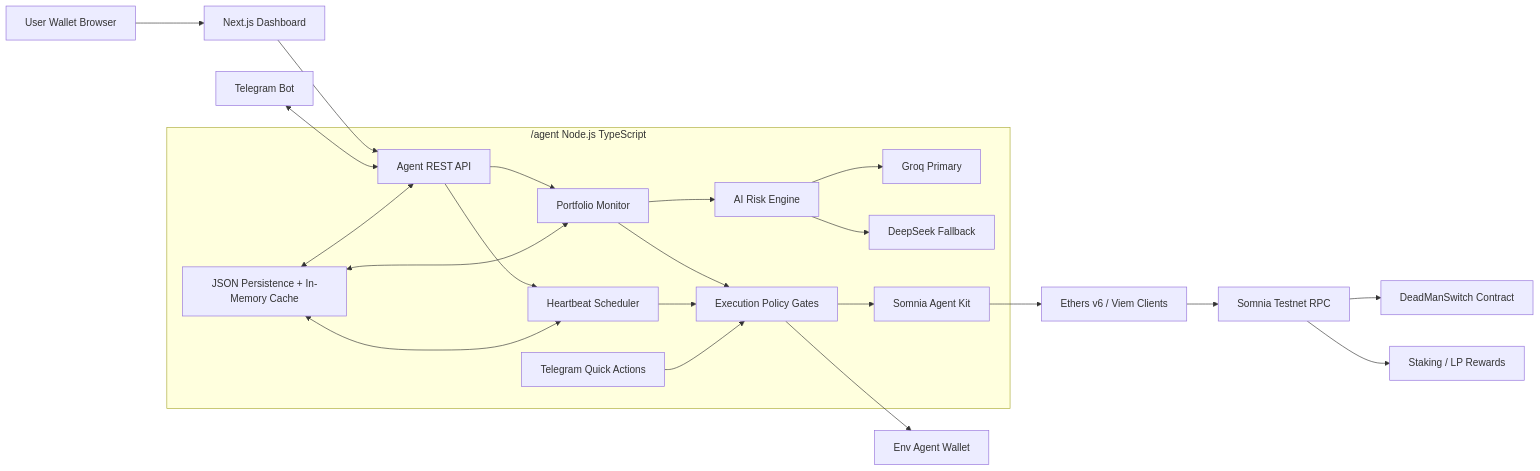
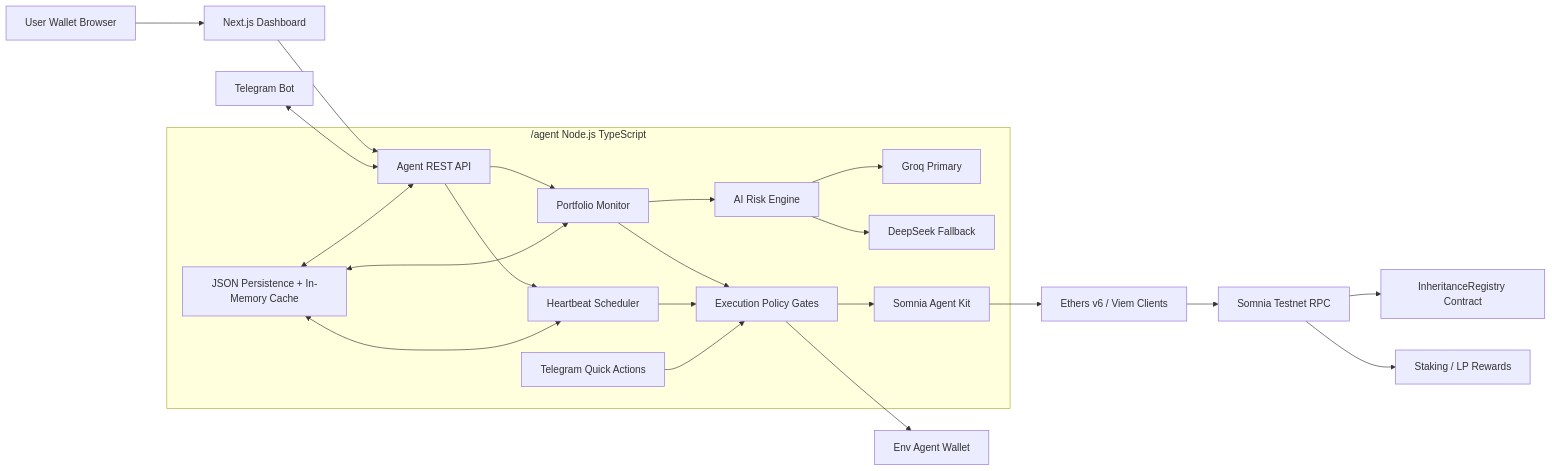
Before and after one commit to tunghp2002/Somnia-RiskGuard-Agent: the diagram in _bmad-output/planning-artifacts/architecture.md, drawn with Mermaid. The commit also changed other lines of this file and 33 other files, not shown here.

````diff
--- a/_bmad-output/planning-artifacts/architecture.md
+++ b/_bmad-output/planning-artifacts/architecture.md
@@ -296,27 +301,27 @@
 ```mermaid
 flowchart LR
   User[User Wallet Browser] --> Frontend[Next.js Dashboard]
   Frontend --> AgentAPI[Agent REST API]
   Telegram[Telegram Bot] <--> AgentAPI
 
   subgraph Agent["/agent Node.js TypeScript"]
     AgentAPI --> Monitor[Portfolio Monitor]
     AgentAPI --> Heartbeat[Heartbeat Scheduler]
     Monitor --> RiskEngine[AI Risk Engine]
     RiskEngine --> Groq[Groq Primary]
     RiskEngine --> DeepSeek[DeepSeek Fallback]
     Monitor --> Policy[Execution Policy Gates]
     Heartbeat --> Policy
     TelegramActions[Telegram Quick Actions] --> Policy
     Policy --> SomniaKit[Somnia Agent Kit]
     AgentStore[JSON Persistence + In-Memory Cache] <--> AgentAPI
     AgentStore <--> Monitor
     AgentStore <--> Heartbeat
   end
 
   SomniaKit --> EVM[Ethers v6 / Viem Clients]
   EVM --> Somnia[Somnia Testnet RPC]
-  Somnia --> DMS[DeadManSwitch Contract]
+  Somnia --> Registry[InheritanceRegistry Contract]
   Somnia --> Rewards[Staking / LP Rewards]
   Policy --> AgentWallet[Env Agent Wallet]
 ```
````
